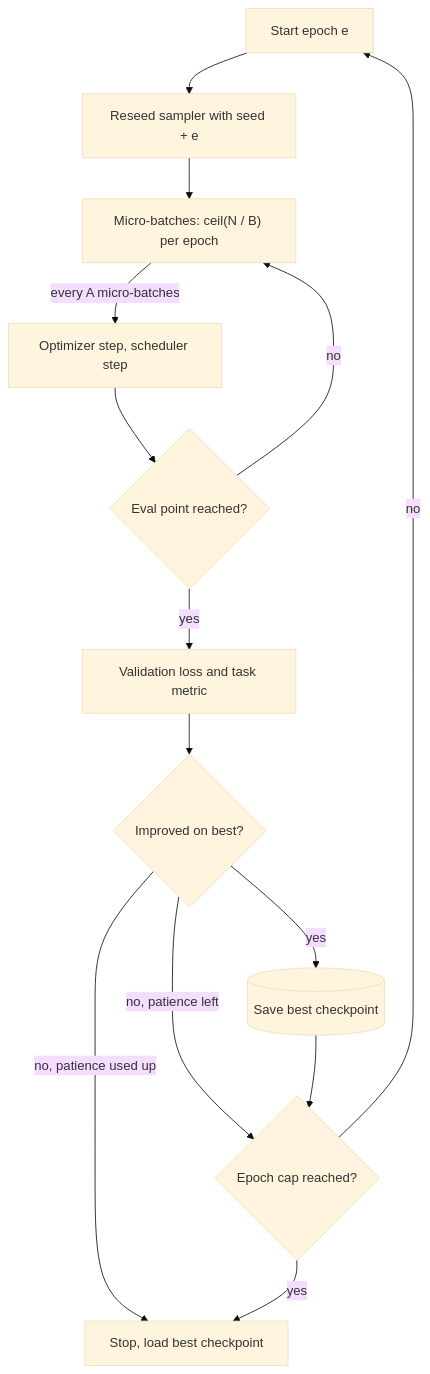
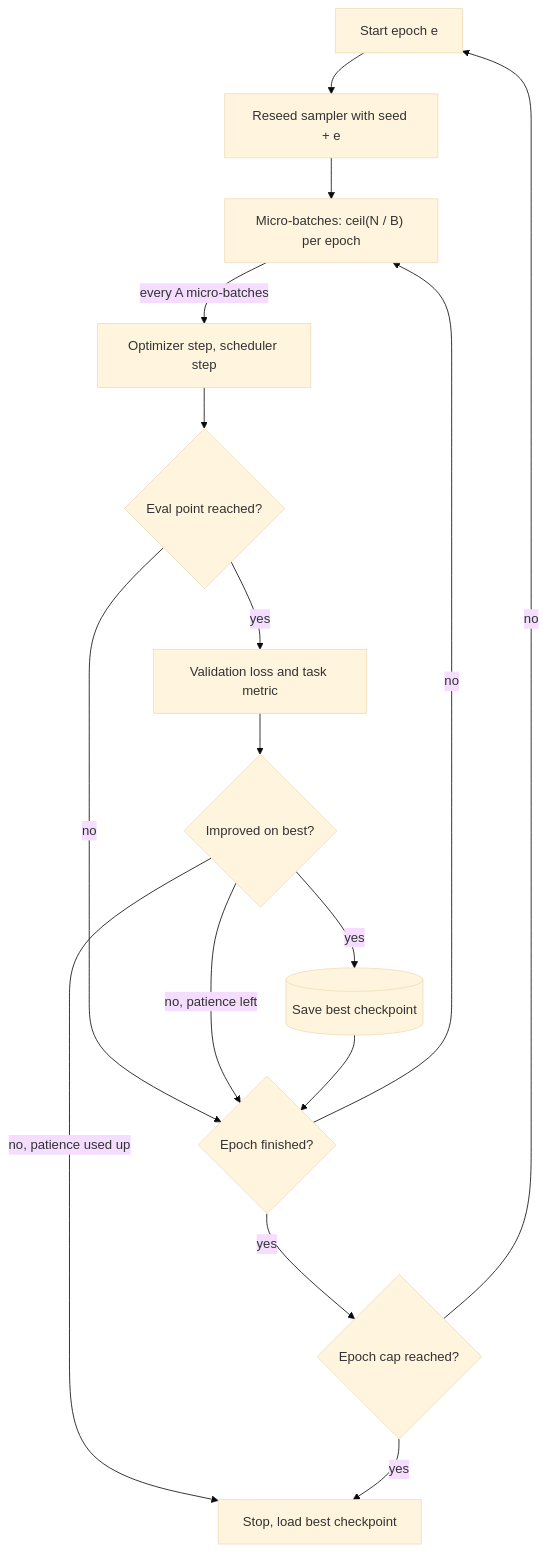
The diagram in content/training-adaptation/epochs.md (lovishmahajan97/agentic-learning), drawn with Mermaid (base theme) before and after one commit. The commit also changed other lines of this file and 278 other files, not shown here.

````diff
--- a/content/training-adaptation/epochs.md
+++ b/content/training-adaptation/epochs.md
@@ -120,16 +120,18 @@
 ```mermaid
 flowchart TD
     S["Start epoch e"] --> R["Reseed sampler with seed + e"]
     R --> B["Micro-batches: ceil(N / B) per epoch"]
     B -->|"every A micro-batches"| O["Optimizer step, scheduler step"]
     O --> E{"Eval point reached?"}
-    E -->|"no"| B
+    E -->|"no"| D{"Epoch finished?"}
     E -->|"yes"| V["Validation loss and task metric"]
     V --> I{"Improved on best?"}
     I -->|"yes"| C[("Save best checkpoint")]
     I -->|"no, patience used up"| X["Stop, load best checkpoint"]
-    I -->|"no, patience left"| N{"Epoch cap reached?"}
-    C --> N
+    I -->|"no, patience left"| D
+    C --> D
+    D -->|"no"| B
+    D -->|"yes"| N{"Epoch cap reached?"}
     N -->|"no"| S
     N -->|"yes"| X
 ```
````
